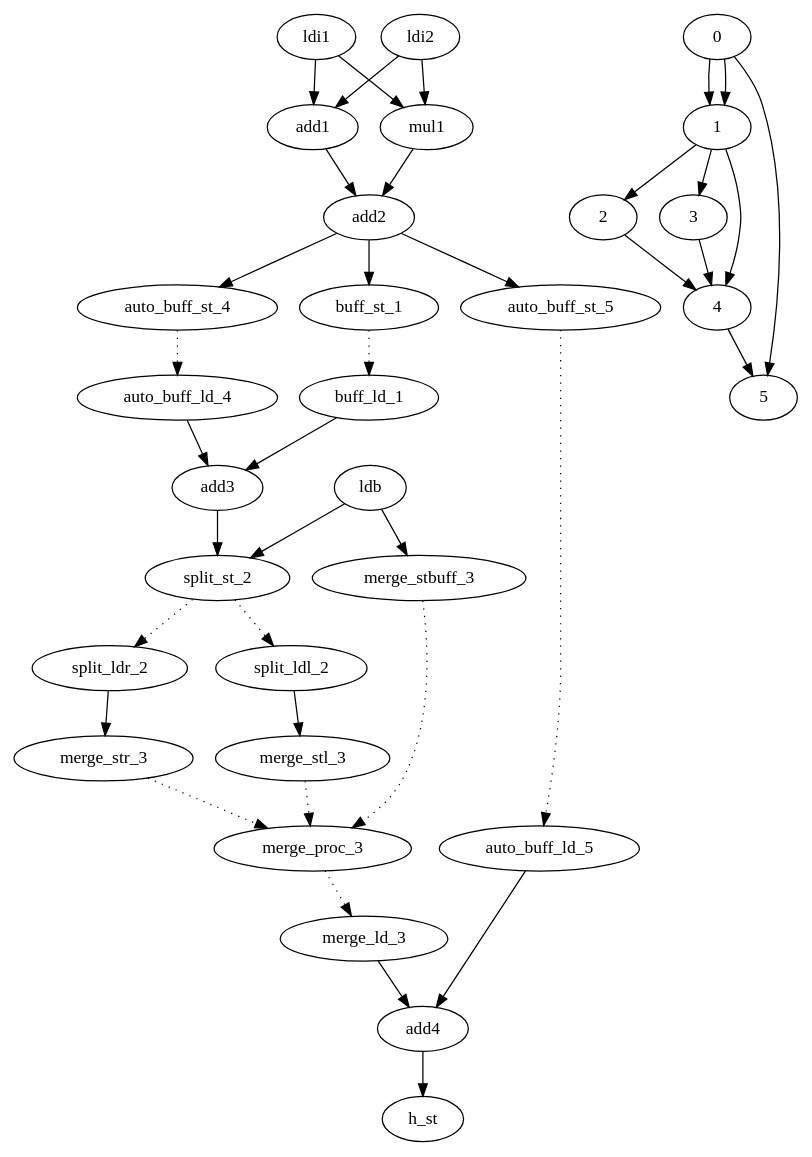
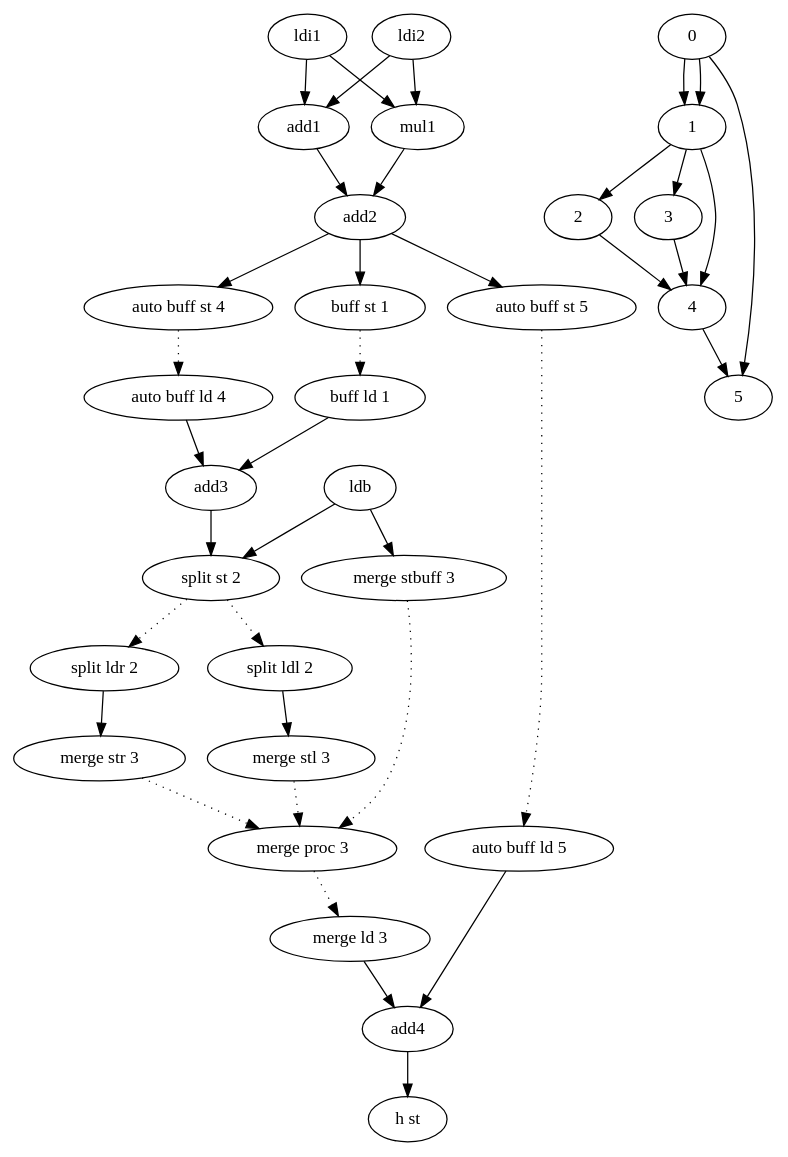
Before and after one commit to kareltucek/ctb: the diagram in thesis/contents/graphs/cf.dot, drawn with Graphviz. The commit also changed 15 other files, not shown here.

```diff
--- a/thesis/contents/graphs/cf.dot
+++ b/thesis/contents/graphs/cf.dot
@@ -1,87 +1,87 @@
 digraph G {
 #include
 edge [style = dotted];
 ldi1
 ldi2
 buff_ld_1
 buff_st_1 -> buff_ld_1;
 auto_buff_ld_4
 auto_buff_st_4 -> auto_buff_ld_4;
 ldb
 merge_ld_3
 merge_proc_3 -> merge_ld_3;
 auto_buff_ld_5
 auto_buff_st_5 -> auto_buff_ld_5;
 merge_proc_3
 merge_stbuff_3 -> merge_proc_3;
 merge_stl_3 -> merge_proc_3;
 merge_str_3 -> merge_proc_3;
 split_ldl_2
 split_st_2 -> split_ldl_2;
 split_ldr_2
 split_st_2 -> split_ldr_2;
 edge [style = solid];
 ldi1
 ldi2
 ldi1 -> add1;
 ldi2 -> add1;
 ldi1 -> mul1;
 ldi2 -> mul1;
 mul1 -> add2;
 add1 -> add2;
 add2 -> buff_st_1;
 add2 -> auto_buff_st_4;
 add2 -> auto_buff_st_5;
 buff_ld_1
 auto_buff_ld_4
 buff_ld_1 -> add3;
 auto_buff_ld_4 -> add3;
 ldb
 ldb -> split_st_2;
 add3 -> split_st_2;
 ldb -> merge_stbuff_3;
 merge_ld_3
 auto_buff_ld_5
 merge_ld_3 -> add4;
 auto_buff_ld_5 -> add4;
 add4 -> h_st;
 merge_proc_3
 split_ldr_2
 split_ldr_2 -> merge_str_3;
 split_ldl_2
 split_ldl_2 -> merge_stl_3;
 edge [color = black];
 0;
 0 -> 1
 0 -> 1
 1 -> 2
 1 -> 3
 1 -> 4
 2 -> 4
 3 -> 4
 4 -> 5
 0 -> 5
 ldi1 [color="black",label="ldi1 "];
 ldi2 [color="black",label="ldi2 "];
 add1 [color="black",label="add1 "];
 mul1 [color="black",label="mul1 "];
 add2 [color="black",label="add2 "];
-buff_st_1 [color="black",label="buff_st_1 "];
-auto_buff_st_4 [color="black",label="auto_buff_st_4 "];
-auto_buff_st_5 [color="black",label="auto_buff_st_5 "];
-buff_ld_1 [color="black",label="buff_ld_1 "];
-auto_buff_ld_4 [color="black",label="auto_buff_ld_4 "];
+buff_st_1 [color="black",label="buff st 1 "];
+auto_buff_st_4 [color="black",label="auto buff st 4 "];
+auto_buff_st_5 [color="black",label="auto buff st 5 "];
+buff_ld_1 [color="black",label="buff ld 1 "];
+auto_buff_ld_4 [color="black",label="auto buff ld 4 "];
 add3 [color="black",label="add3 "];
 ldb [color="black",label="ldb "];
-split_st_2 [color="black",label="split_st_2 "];
-merge_stbuff_3 [color="black",label="merge_stbuff_3 "];
-merge_ld_3 [color="black",label="merge_ld_3 "];
-auto_buff_ld_5 [color="black",label="auto_buff_ld_5 "];
+split_st_2 [color="black",label="split st 2 "];
+merge_stbuff_3 [color="black",label="merge stbuff 3 "];
+merge_ld_3 [color="black",label="merge ld 3 "];
+auto_buff_ld_5 [color="black",label="auto buff ld 5 "];
 add4 [color="black",label="add4 "];
-h_st [color="black",label="h_st "];
-merge_proc_3 [color="black",label="merge_proc_3 "];
-split_ldr_2 [color="black",label="split_ldr_2 "];
-merge_stl_3 [color="black",label="merge_stl_3 "];
-split_ldl_2 [color="black",label="split_ldl_2 "];
-merge_str_3 [color="black",label="merge_str_3 "];
+h_st [color="black",label="h st "];
+merge_proc_3 [color="black",label="merge proc 3 "];
+split_ldr_2 [color="black",label="split ldr 2 "];
+merge_stl_3 [color="black",label="merge stl 3 "];
+split_ldl_2 [color="black",label="split ldl 2 "];
+merge_str_3 [color="black",label="merge str 3 "];
 }
```
